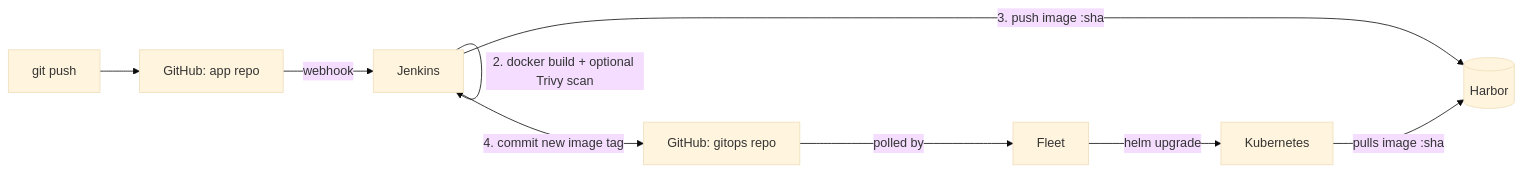
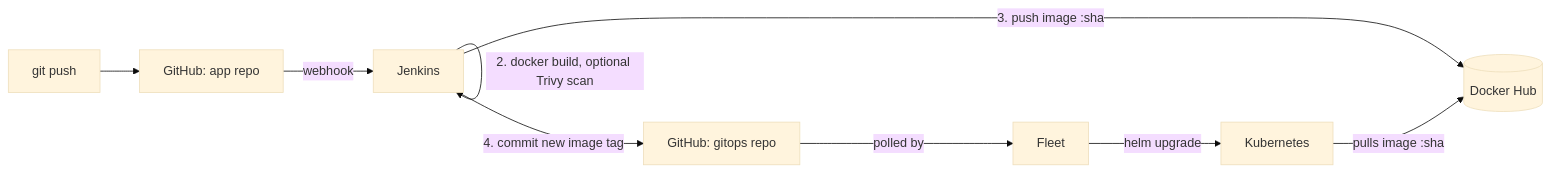
One commit to kinmiya18/cicd-lab-app changed the diagram in README.md. Above: the diagram before and after it, drawn with Mermaid (base theme). The commit also changed other lines of this file and 1 other file, not shown here.

Commit message:
docs: README with real evidence, Docker Hub and webhook notes

````diff
--- a/README.md
+++ b/README.md
@@ -10,12 +10,12 @@
 ```mermaid
 flowchart LR
     Dev[git push] --> GH[GitHub: app repo]
     GH -- webhook --> J[Jenkins]
     J -->|1. test| J
-    J -->|2. docker build + optional Trivy scan| J
-    J -->|3. push image :sha| H[(Harbor)]
+    J -->|2. docker build, optional Trivy scan| J
+    J -->|3. push image :sha| H[(Docker Hub)]
     J -->|4. commit new image tag| G[GitHub: gitops repo]
     G -- polled by --> F[Fleet]
     F -->|helm upgrade| K[Kubernetes]
     K -- pulls image :sha --> H
 ```
````
